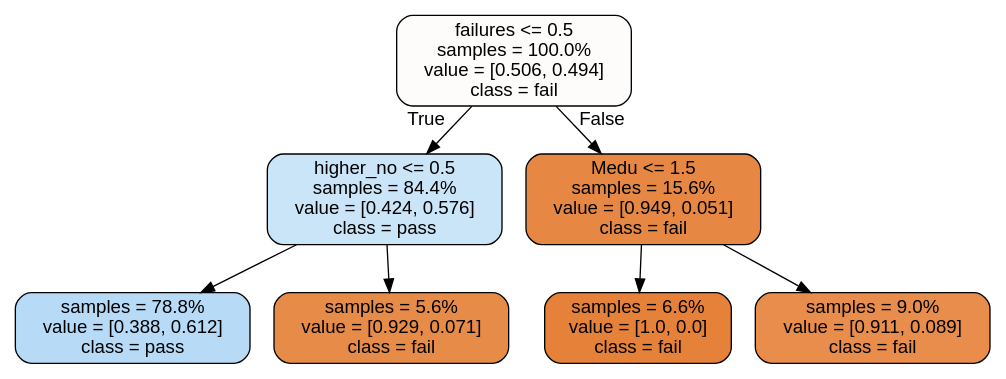
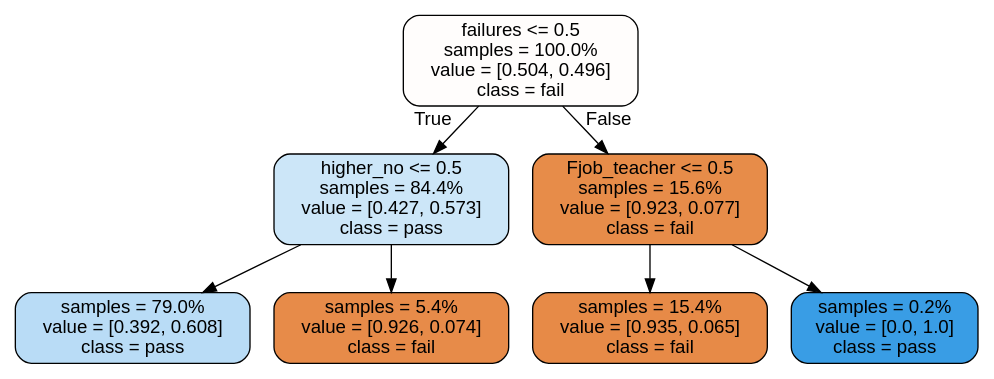
The diagram in Lab_1/student-performance.dot (lekhang1805/TTNT), drawn with Graphviz before and after one commit. The commit also changed 6 other files, not shown here.

```diff
--- a/Lab_1/student-performance.dot
+++ b/Lab_1/student-performance.dot
@@ -1,17 +1,17 @@
 digraph Tree {
 node [shape=box, style="filled, rounded", color="black", fontname=helvetica] ;
 edge [fontname=helvetica] ;
-0 [label="failures <= 0.5\nsamples = 100.0%\nvalue = [0.506, 0.494]\nclass = fail", fillcolor="#fefcfa"] ;
-1 [label="higher_no <= 0.5\nsamples = 84.4%\nvalue = [0.424, 0.576]\nclass = pass", fillcolor="#cbe5f8"] ;
+0 [label="failures <= 0.5\nsamples = 100.0%\nvalue = [0.504, 0.496]\nclass = fail", fillcolor="#fffdfc"] ;
+1 [label="higher_no <= 0.5\nsamples = 84.4%\nvalue = [0.427, 0.573]\nclass = pass", fillcolor="#cce6f8"] ;
 0 -> 1 [labeldistance=2.5, labelangle=45, headlabel="True"] ;
-2 [label="samples = 78.8%\nvalue = [0.388, 0.612]\nclass = pass", fillcolor="#b7dbf6"] ;
+2 [label="samples = 79.0%\nvalue = [0.392, 0.608]\nclass = pass", fillcolor="#b9dcf6"] ;
 1 -> 2 ;
-3 [label="samples = 5.6%\nvalue = [0.929, 0.071]\nclass = fail", fillcolor="#e78b48"] ;
+3 [label="samples = 5.4%\nvalue = [0.926, 0.074]\nclass = fail", fillcolor="#e78b49"] ;
 1 -> 3 ;
-4 [label="Medu <= 1.5\nsamples = 15.6%\nvalue = [0.949, 0.051]\nclass = fail", fillcolor="#e68844"] ;
+4 [label="Fjob_teacher <= 0.5\nsamples = 15.6%\nvalue = [0.923, 0.077]\nclass = fail", fillcolor="#e78c49"] ;
 0 -> 4 [labeldistance=2.5, labelangle=-45, headlabel="False"] ;
-5 [label="samples = 6.6%\nvalue = [1.0, 0.0]\nclass = fail", fillcolor="#e58139"] ;
+5 [label="samples = 15.4%\nvalue = [0.935, 0.065]\nclass = fail", fillcolor="#e78a47"] ;
 4 -> 5 ;
-6 [label="samples = 9.0%\nvalue = [0.911, 0.089]\nclass = fail", fillcolor="#e88d4c"] ;
+6 [label="samples = 0.2%\nvalue = [0.0, 1.0]\nclass = pass", fillcolor="#399de5"] ;
 4 -> 6 ;
 }
```
